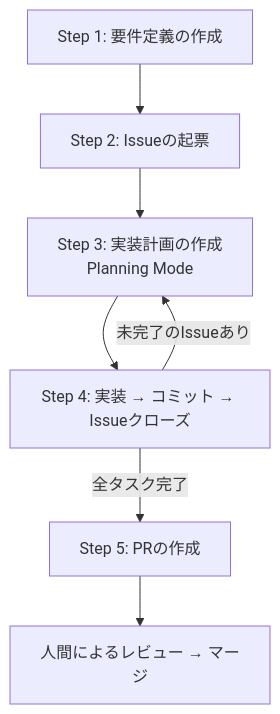
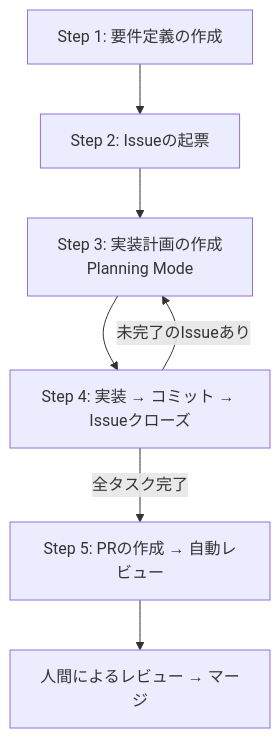
Before and after one commit to tkr-krhr-1/zenn-content: the diagram in articles/automate-issue-to-pr-with-antigravity-and-mcp.md, drawn with Mermaid. The commit also changed other lines of this file and 1 other file, not shown here.

````diff
--- a/articles/automate-issue-to-pr-with-antigravity-and-mcp.md
+++ b/articles/automate-issue-to-pr-with-antigravity-and-mcp.md
@@ -21,9 +21,9 @@
 ```mermaid
 flowchart TD
     S1[Step 1: 要件定義の作成] --> S2[Step 2: Issueの起票]
     S2 --> S3[Step 3: 実装計画の作成<br/>Planning Mode]
     S3 --> S4[Step 4: 実装 → コミット → Issueクローズ]
     S4 -->|未完了のIssueあり| S3
-    S4 -->|全タスク完了| S5[Step 5: PRの作成]
+    S4 -->|全タスク完了| S5[Step 5: PRの作成 → 自動レビュー]
     S5 --> End[人間によるレビュー → マージ]
 ```
````
